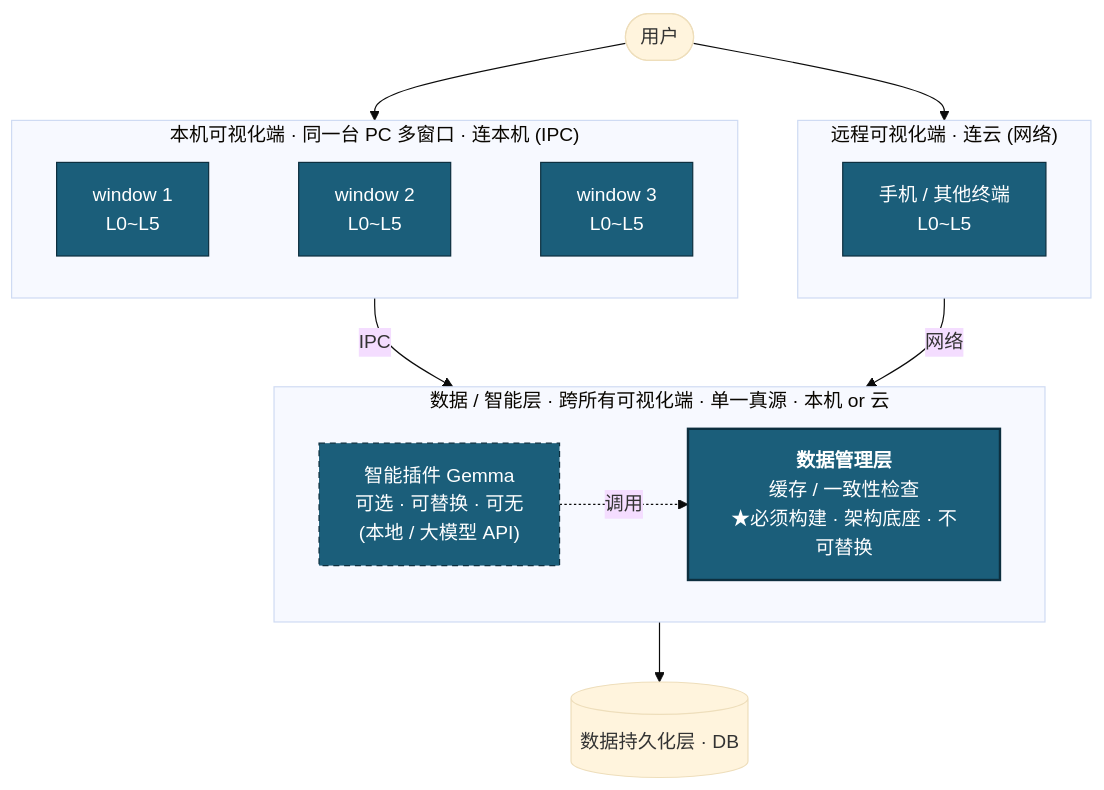
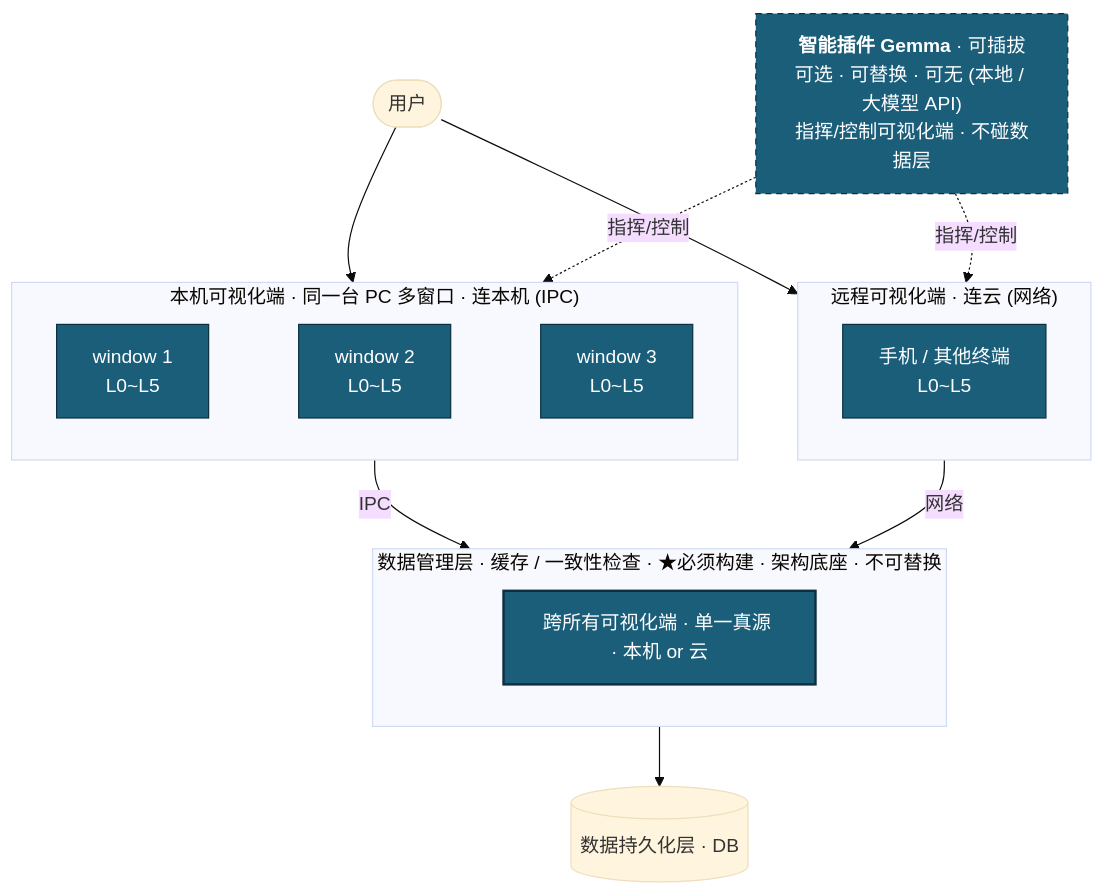
One commit to antsbtw/KRIG-Note-V2 changed the diagram in docs/00-architecture/module-boundary-governance.md. Above: the diagram before and after it, drawn with Mermaid (base theme). The commit also changed other lines of this file, not shown here.

First line of the commit message:
docs(arch): 修正 Gemma 依赖流 — 指挥可视化端,不碰数据管理层

````diff
--- a/docs/00-architecture/module-boundary-governance.md
+++ b/docs/00-architecture/module-boundary-governance.md
@@ -18,38 +18,39 @@
 ```mermaid
 flowchart TB
     User([用户])
 
-    subgraph DataLayer["数据 / 智能层 · 跨所有可视化端 · 单一真源 · 本机 or 云"]
-        direction LR
-        DM["<b>数据管理层</b><br/>缓存 / 一致性检查<br/>★必须构建 · 架构底座 · 不可替换"]
-        Gemma["智能插件 Gemma<br/>可选 · 可替换 · 可无<br/>(本地 / 大模型 API)"]
-        Gemma -.调用.-> DM
-    end
+    Gemma["<b>智能插件 Gemma</b> · 可插拔<br/>可选 · 可替换 · 可无 (本地 / 大模型 API)<br/>指挥/控制可视化端 · 不碰数据层"]
 
     subgraph VizLocal["本机可视化端 · 同一台 PC 多窗口 · 连本机 (IPC)"]
         direction LR
         W1["window 1<br/>L0~L5"]
         W2["window 2<br/>L0~L5"]
         W3["window 3<br/>L0~L5"]
         W1 ~~~ W2 ~~~ W3
     end
 
     subgraph VizRemote["远程可视化端 · 连云 (网络)"]
         R1["手机 / 其他终端<br/>L0~L5"]
     end
 
+    subgraph DataLayer["数据管理层 · 缓存 / 一致性检查 · ★必须构建 · 架构底座 · 不可替换"]
+        DM["跨所有可视化端 · 单一真源 · 本机 or 云"]
+    end
+
     DB[("数据持久化层 · DB")]
 
     User --> VizLocal
     User --> VizRemote
+    Gemma -. 指挥/控制 .-> VizLocal
+    Gemma -. 指挥/控制 .-> VizRemote
     VizLocal -- IPC --> DataLayer
     VizRemote -- 网络 --> DataLayer
     DataLayer --> DB
 
-    classDef must fill:#1b5e7a,stroke:#0d2f3f,color:#fff,stroke-width:2px;
     classDef plugin fill:#1b5e7a,stroke:#0d2f3f,color:#fff,stroke-width:1px,stroke-dasharray:5 4;
     classDef viz fill:#1b5e7a,stroke:#0d2f3f,color:#fff;
-    class DM must;
+    classDef must fill:#1b5e7a,stroke:#0d2f3f,color:#fff,stroke-width:2px;
     class Gemma plugin;
     class W1,W2,W3,R1 viz;
+    class DM must;
 ```
````
